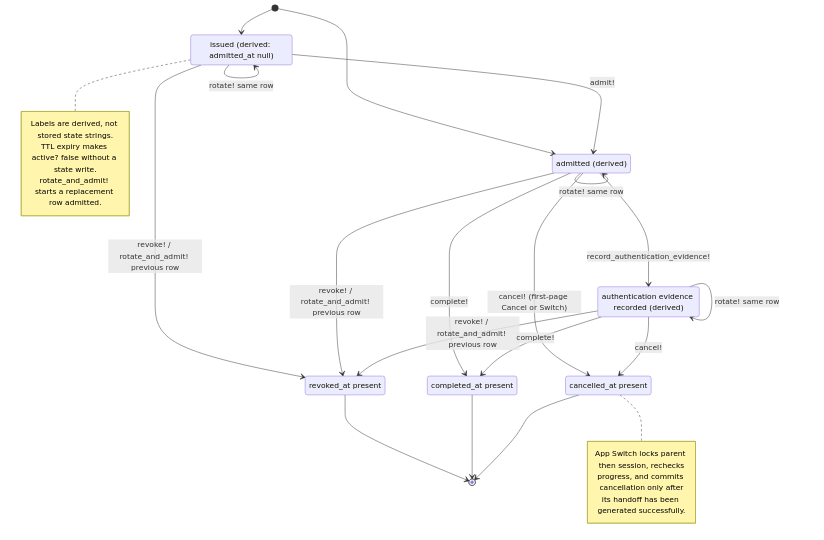
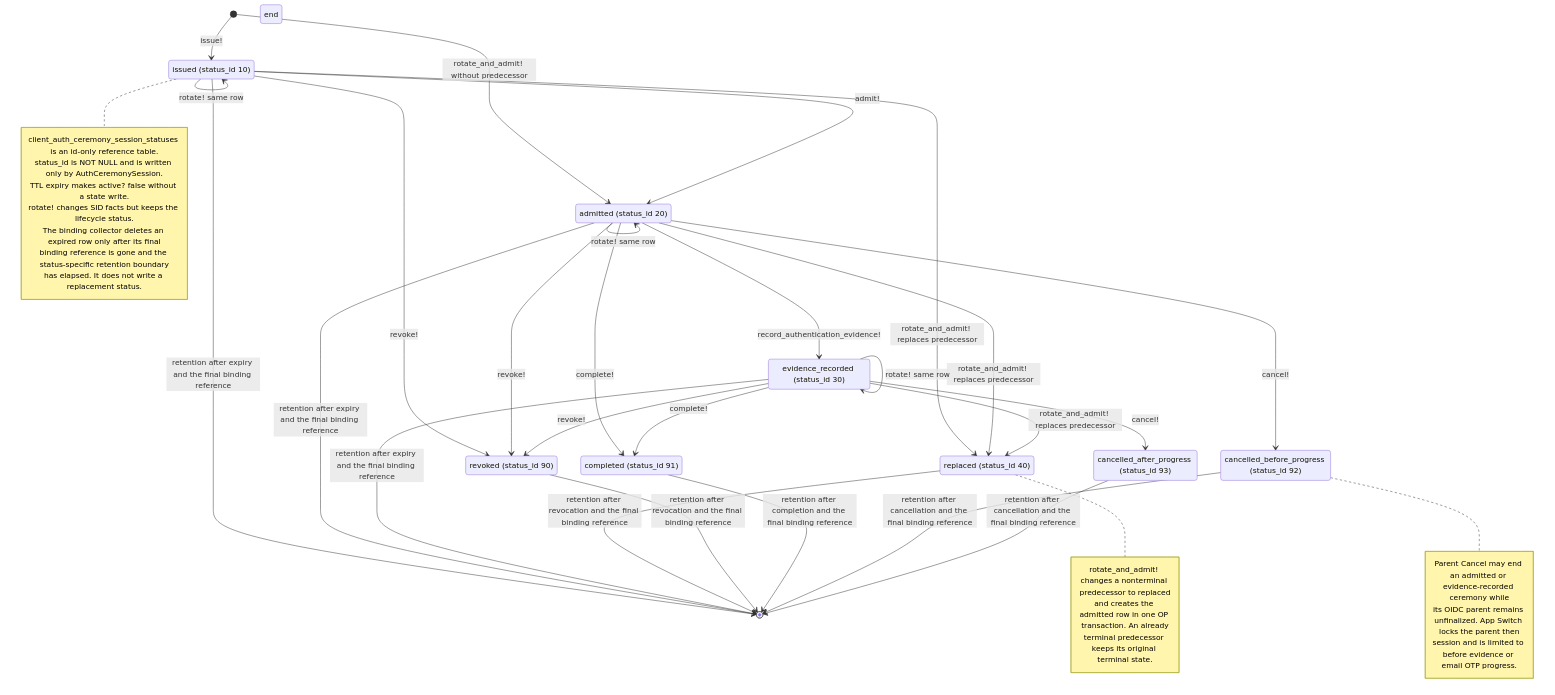
One commit to seahal/umaxica-apps-jit-global changed the diagram in docs/mermaid/idp-client-auth-ceremony-session.mmd. Above: the diagram before and after it, drawn with Mermaid. The commit also changed 1736 other files, not shown here.

```diff
--- a/docs/mermaid/idp-client-auth-ceremony-session.mmd
+++ b/docs/mermaid/idp-client-auth-ceremony-session.mmd
@@ -1,35 +1,59 @@
 stateDiagram-v2
-    %% CURRENT implementation; sources and guards in transition inventory.
-    state "issued (derived: admitted_at null)" as issued
-    state "admitted (derived)" as admitted
-    state "authentication evidence recorded (derived)" as evidence
-    state "revoked_at present" as revoked
-    state "completed_at present" as completed
-    state "cancelled_at present" as cancelled
-    [*] --> issued
-    [*] --> admitted
+    %% Current App Auth ceremony lifecycle; transition guards and evidence are in the inventory.
+    state "issued (status_id 10)" as issued
+    state "admitted (status_id 20)" as admitted
+    state "evidence_recorded (status_id 30)" as evidence
+    state "replaced (status_id 40)" as replaced
+    state "revoked (status_id 90)" as revoked
+    state "completed (status_id 91)" as completed
+    state "cancelled_before_progress (status_id 92)" as cancelled_before
+    state "cancelled_after_progress (status_id 93)" as cancelled_after
+
+    [*] --> issued: issue!
+    [*] --> admitted: rotate_and_admit! without predecessor
     issued --> admitted: admit!
     admitted --> evidence: record_authentication_evidence!
-    issued --> revoked: revoke! / rotate_and_admit! previous row
+    issued --> replaced: rotate_and_admit! replaces predecessor
+    admitted --> replaced: rotate_and_admit! replaces predecessor
+    evidence --> replaced: rotate_and_admit! replaces predecessor
+    issued --> revoked: revoke!
+    admitted --> revoked: revoke!
+    evidence --> revoked: revoke!
     issued --> issued: rotate! same row
-    admitted --> revoked: revoke! / rotate_and_admit! previous row
     admitted --> admitted: rotate! same row
-    evidence --> revoked: revoke! / rotate_and_admit! previous row
     evidence --> evidence: rotate! same row
     admitted --> completed: complete!
-    admitted --> cancelled: cancel! (first-page Cancel or Switch)
     evidence --> completed: complete!
-    evidence --> cancelled: cancel!
-    revoked --> [*]
-    completed --> [*]
-    cancelled --> [*]
+    admitted --> cancelled_before: cancel!
+    evidence --> cancelled_after: cancel!
+    issued --> [*]: retention after expiry and the final binding reference
+    admitted --> [*]: retention after expiry and the final binding reference
+    evidence --> [*]: retention after expiry and the final binding reference
+    replaced --> [*]: retention after revocation and the final binding reference
+    revoked --> [*]: retention after revocation and the final binding reference
+    completed --> [*]: retention after completion and the final binding reference
+    cancelled_before --> [*]: retention after cancellation and the final binding reference
+    cancelled_after --> [*]: retention after cancellation and the final binding reference
+
     note right of issued
-        Labels are derived, not stored state strings.
+        client_auth_ceremony_session_statuses is an id-only reference table.
+        status_id is NOT NULL and is written only by AuthCeremonySession.
         TTL expiry makes active? false without a state write.
-        rotate_and_admit! starts a replacement row admitted.
+        rotate! changes SID facts but keeps the lifecycle status.
+        The binding collector deletes an expired row only after its final
+        binding reference is gone and the status-specific retention boundary
+        has elapsed. It does not write a replacement status.
     end note
-    note right of cancelled
-        App Switch locks parent then session, rechecks
-        progress, and commits cancellation only after
-        its handoff has been generated successfully.
+
+    note right of replaced
+        rotate_and_admit! changes a nonterminal predecessor to replaced
+        and creates the admitted row in one OP transaction. An already
+        terminal predecessor keeps its original terminal state.
     end note
+
+    note right of cancelled_before
+        Parent Cancel may end an admitted or evidence-recorded ceremony while
+        its OIDC parent remains unfinalized. App Switch locks the parent then
+        session and is limited to before evidence or email OTP progress.
+    end note
+end
```
